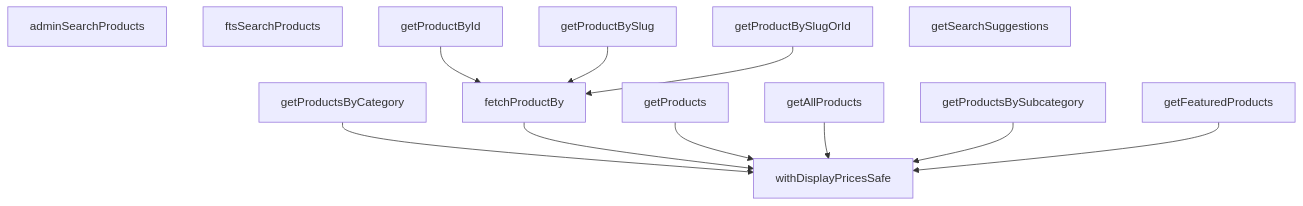
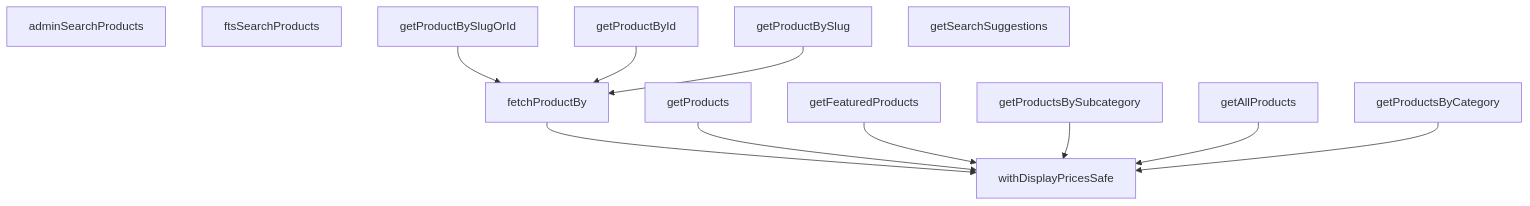
Before and after one commit to peckop/venthub-hvac-esite: the diagram in src/lib/services/product.service.md, drawn with Mermaid. The commit also changed other lines of this file and 94 other files, not shown here.

````diff
--- a/src/lib/services/product.service.md
+++ b/src/lib/services/product.service.md
@@ -228,25 +228,25 @@
 ```mermaid
 graph TD
     product_service_ts__adminSearchProducts["adminSearchProducts"]
     product_service_ts__fetchProductBy["fetchProductBy"]
     product_service_ts__ftsSearchProducts["ftsSearchProducts"]
     product_service_ts__getAllProducts["getAllProducts"]
     product_service_ts__getFeaturedProducts["getFeaturedProducts"]
     product_service_ts__getProductById["getProductById"]
     product_service_ts__getProductBySlug["getProductBySlug"]
     product_service_ts__getProductBySlugOrId["getProductBySlugOrId"]
     product_service_ts__getProducts["getProducts"]
     product_service_ts__getProductsByCategory["getProductsByCategory"]
     product_service_ts__getProductsBySubcategory["getProductsBySubcategory"]
     product_service_ts__getSearchSuggestions["getSearchSuggestions"]
     product_service_ts__withDisplayPricesSafe["withDisplayPricesSafe"]
-    product_service_ts__getProductById --> product_service_ts__fetchProductBy
-    product_service_ts__getProductsByCategory --> product_service_ts__withDisplayPricesSafe
-    product_service_ts__getProductBySlug --> product_service_ts__fetchProductBy
     product_service_ts__fetchProductBy --> product_service_ts__withDisplayPricesSafe
     product_service_ts__getProducts --> product_service_ts__withDisplayPricesSafe
     product_service_ts__getProductBySlugOrId --> product_service_ts__fetchProductBy
+    product_service_ts__getProductById --> product_service_ts__fetchProductBy
+    product_service_ts__getFeaturedProducts --> product_service_ts__withDisplayPricesSafe
+    product_service_ts__getProductsBySubcategory --> product_service_ts__withDisplayPricesSafe
     product_service_ts__getAllProducts --> product_service_ts__withDisplayPricesSafe
-    product_service_ts__getProductsBySubcategory --> product_service_ts__withDisplayPricesSafe
-    product_service_ts__getFeaturedProducts --> product_service_ts__withDisplayPricesSafe
+    product_service_ts__getProductsByCategory --> product_service_ts__withDisplayPricesSafe
+    product_service_ts__getProductBySlug --> product_service_ts__fetchProductBy
 ```
````
